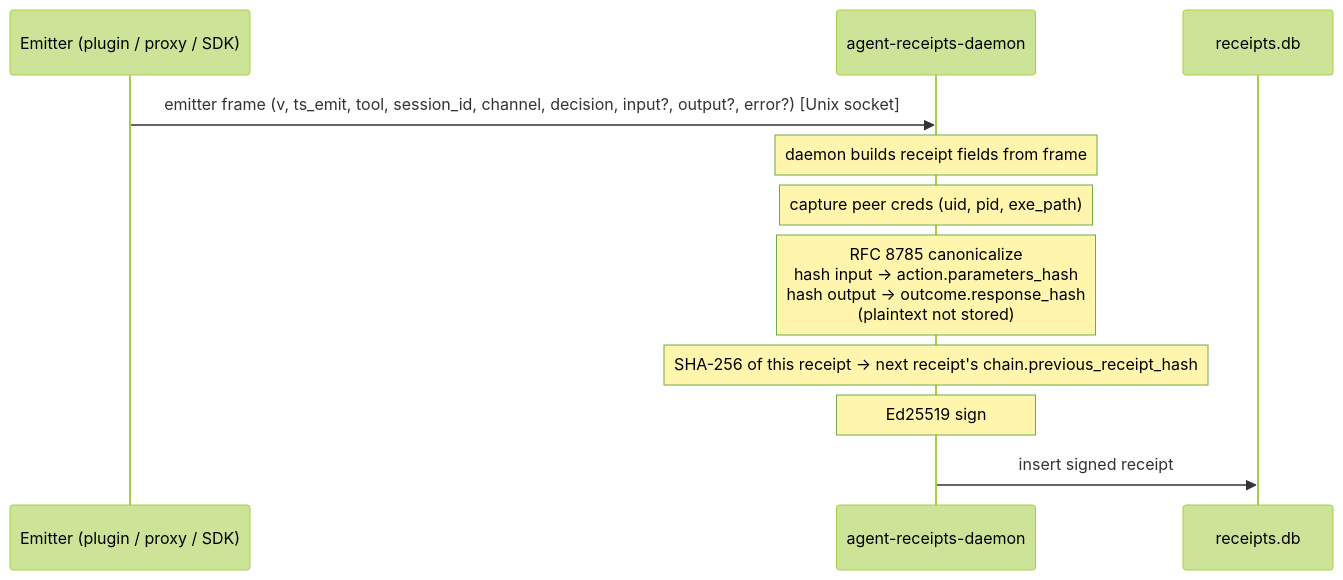
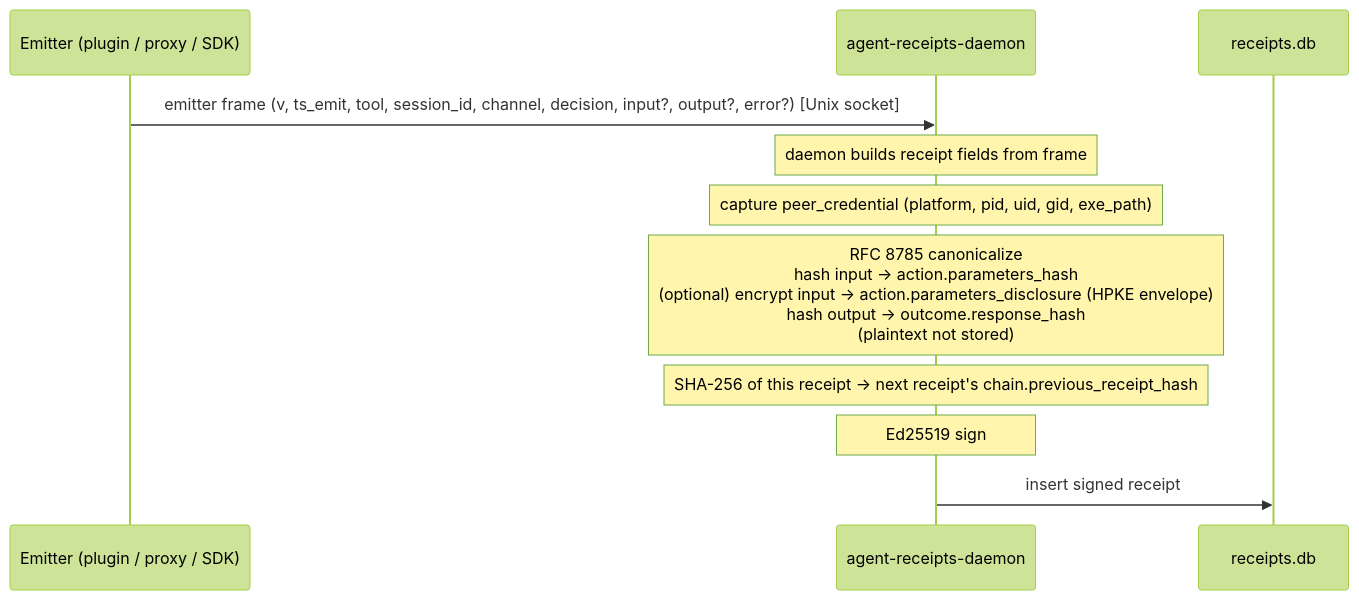
One commit to agent-receipts/ar changed the diagram in site/src/content/docs/specification/how-it-works.mdx. Above: the diagram before and after it, drawn with Mermaid (forest theme). The commit also changed 6 other files, not shown here.

````diff
--- a/site/src/content/docs/specification/how-it-works.mdx
+++ b/site/src/content/docs/specification/how-it-works.mdx
@@ -95,14 +95,14 @@
 ```mermaid
 sequenceDiagram
   participant E as Emitter (plugin / proxy / SDK)
   participant D as agent-receipts-daemon
   participant DB as receipts.db
 
   E->>D: emitter frame (v, ts_emit, tool, session_id, channel, decision, input?, output?, error?) [Unix socket]
   Note over D: daemon builds receipt fields from frame
-  Note over D: capture peer creds (uid, pid, exe_path)
-  Note over D: RFC 8785 canonicalize<br/>hash input → action.parameters_hash<br/>hash output → outcome.response_hash<br/>(plaintext not stored)
+  Note over D: capture peer_credential (platform, pid, uid, gid, exe_path)
+  Note over D: RFC 8785 canonicalize<br/>hash input → action.parameters_hash<br/>(optional) encrypt input → action.parameters_disclosure (HPKE envelope)<br/>hash output → outcome.response_hash<br/>(plaintext not stored)
   Note over D: SHA-256 of this receipt → next receipt's chain.previous_receipt_hash
   Note over D: Ed25519 sign
   D->>DB: insert signed receipt
 ```
````
